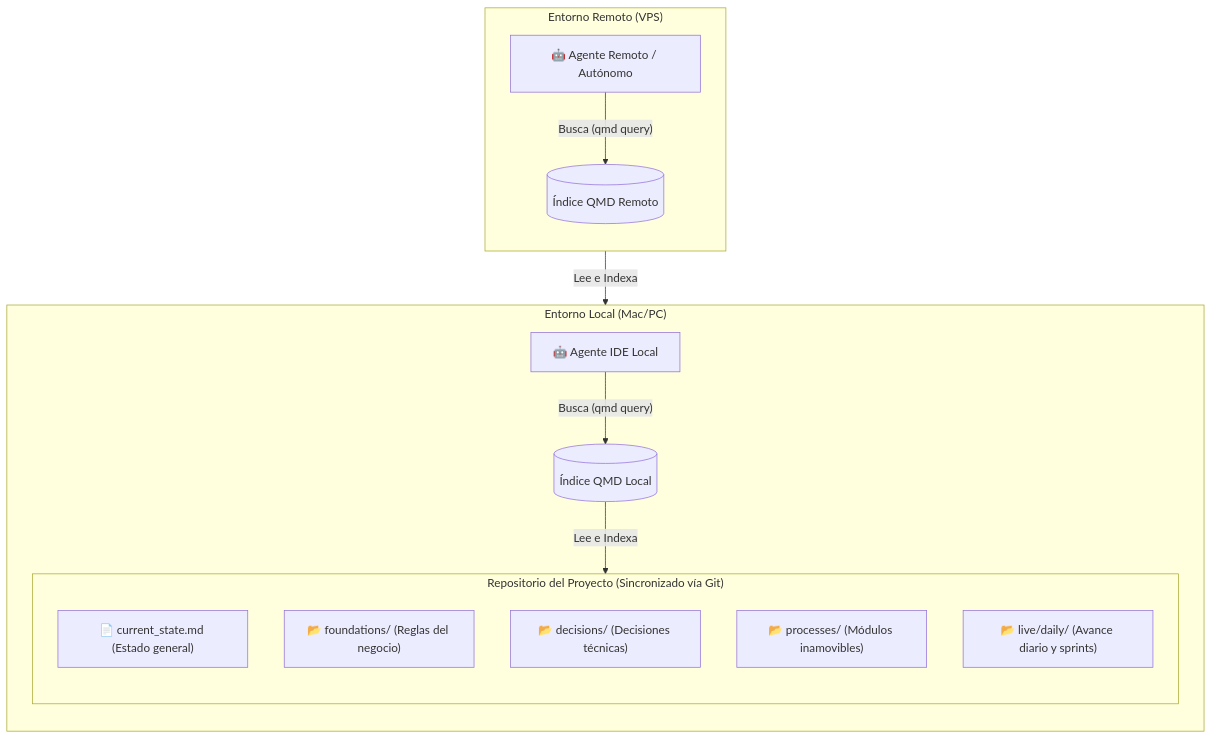
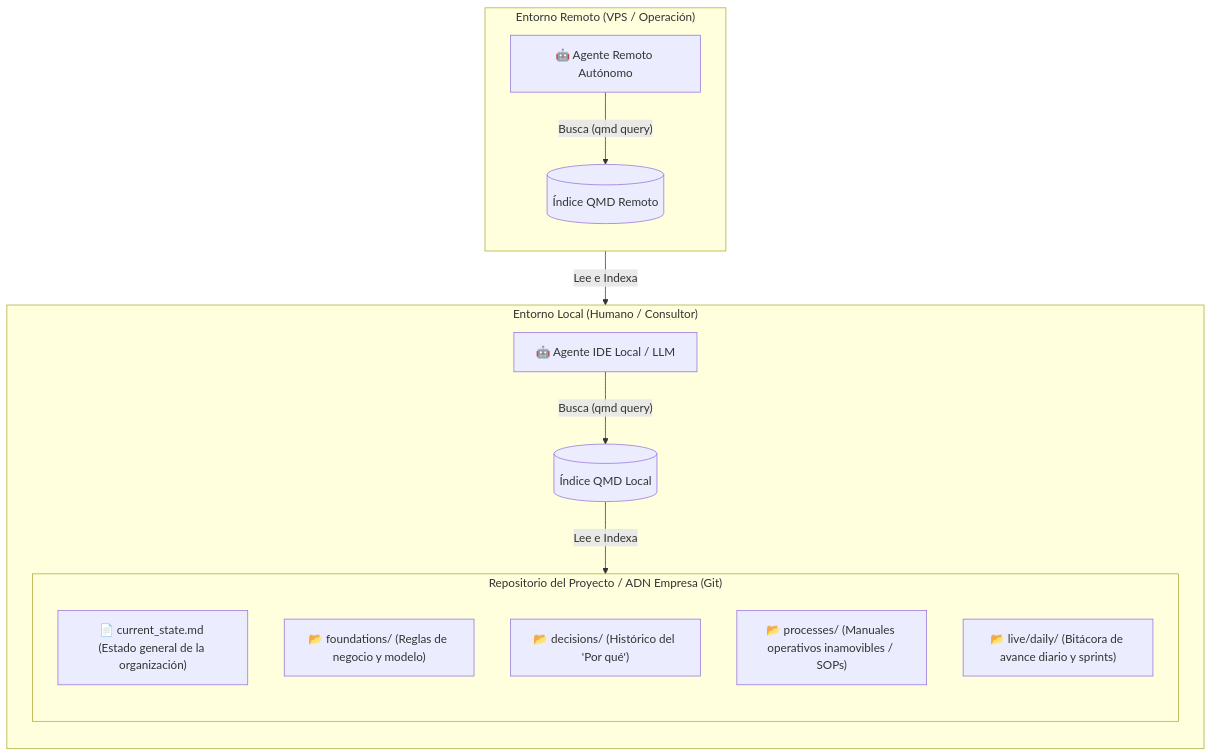
The diagram in README.md (alexistomaselli/agentic-shared-memory), drawn with Mermaid before and after one commit. The commit also changed other lines of this file, not shown here.

````diff
--- a/README.md
+++ b/README.md
@@ -15,32 +18,32 @@
 ```mermaid
 flowchart TD
     %% Base de Conocimiento Centralizada
-    subgraph Repo ["Repositorio del Proyecto (Sincronizado vía Git)"]
+    subgraph Repo ["Repositorio del Proyecto / ADN Empresa (Git)"]
         direction TB
-        F1["📄 current_state.md (Estado general)"]
-        F2["📂 foundations/ (Reglas del negocio)"]
-        F3["📂 decisions/ (Decisiones técnicas)"]
-        F5["📂 processes/ (Módulos inamovibles)"]
-        F4["📂 live/daily/ (Avance diario y sprints)"]
+        F1["📄 current_state.md (Estado general de la organización)"]
+        F2["📂 foundations/ (Reglas de negocio y modelo)"]
+        F3["📂 decisions/ (Histórico del 'Por qué')"]
+        F5["📂 processes/ (Manuales operativos inamovibles / SOPs)"]
+        F4["📂 live/daily/ (Bitácora de avance diario y sprints)"]
     end
 
-    %% Entorno Local
-    subgraph EntornoLocal ["Entorno Local (Mac/PC)"]
+    %% Entorno Consultor / Local
+    subgraph EntornoLocal ["Entorno Local (Humano / Consultor)"]
         direction TB
         QMD1[("Índice QMD Local")]
-        AG1["🤖 Agente IDE Local"]
+        AG1["🤖 Agente IDE Local / LLM"]
         
         QMD1 -- Lee e Indexa --> Repo
         AG1 -- Busca (qmd query) --> QMD1
     end
 
-    %% Entorno Remoto
-    subgraph EntornoVPS ["Entorno Remoto (VPS)"]
+    %% Entorno Autónomo
+    subgraph EntornoVPS ["Entorno Remoto (VPS / Operación)"]
         direction TB
         QMD2[("Índice QMD Remoto")]
-        AG3["🤖 Agente Remoto / Autónomo"]
+        AG3["🤖 Agente Remoto Autónomo"]
         
         QMD2 -- Lee e Indexa --> Repo
         AG3 -- Busca (qmd query) --> QMD2
     end
 ```
````
